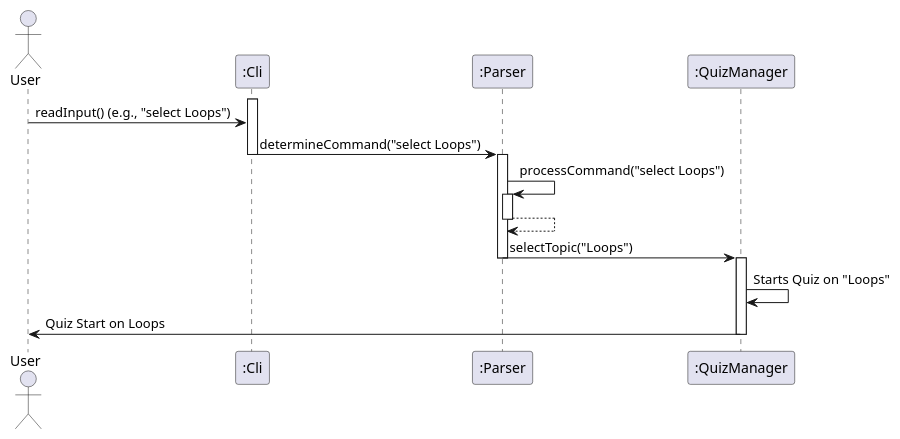
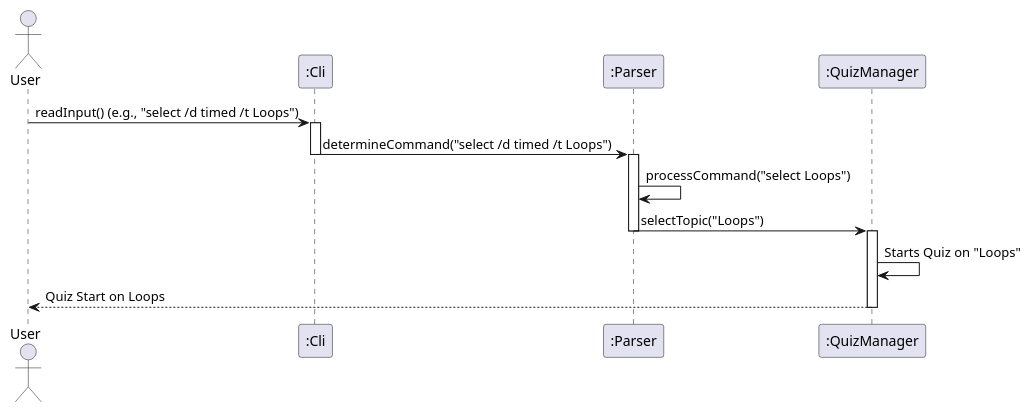
One commit to nus-cs2113-AY2425S1/tp changed the diagram in docs/UML/puml-files/Parser/ParserSequenceDiagram.puml. Above: the diagram before and after it, drawn with PlantUML. The commit also changed 23 other files, not shown here.

```diff
--- a/docs/UML/puml-files/Parser/ParserSequenceDiagram.puml
+++ b/docs/UML/puml-files/Parser/ParserSequenceDiagram.puml
@@ -1,27 +1,28 @@
 @startuml
 
 actor User
 
 participant ":Cli" as CLI
 participant ":Parser" as P
 participant ":QuizManager" as QM
 
+
+User -> CLI : readInput() (e.g., "select /d timed /t Loops")
 activate CLI
-User -> CLI : readInput() (e.g., "select Loops")
-CLI -> P : determineCommand("select Loops")
+CLI -> P : determineCommand("select /d timed /t Loops")
 deactivate CLI
 
 activate P
 P -> P : processCommand("select Loops")
-activate P
-return
+
+
 
 P -> QM : selectTopic("Loops")
 deactivate P
 
 activate QM
 QM -> QM : Starts Quiz on "Loops"
-QM -> User : Quiz Start on Loops
+QM --> User : Quiz Start on Loops
 deactivate QM
 
 @enduml
```
